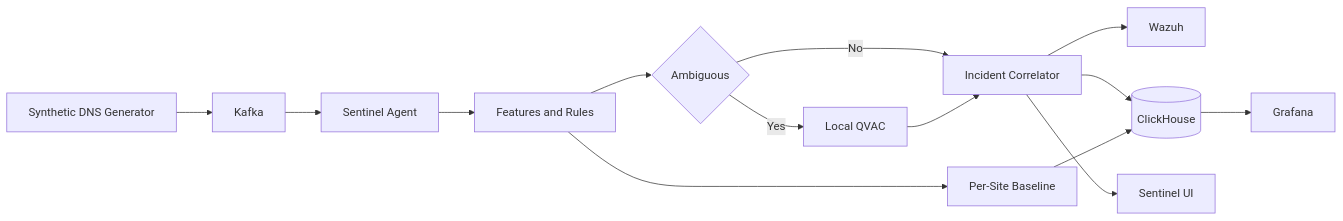
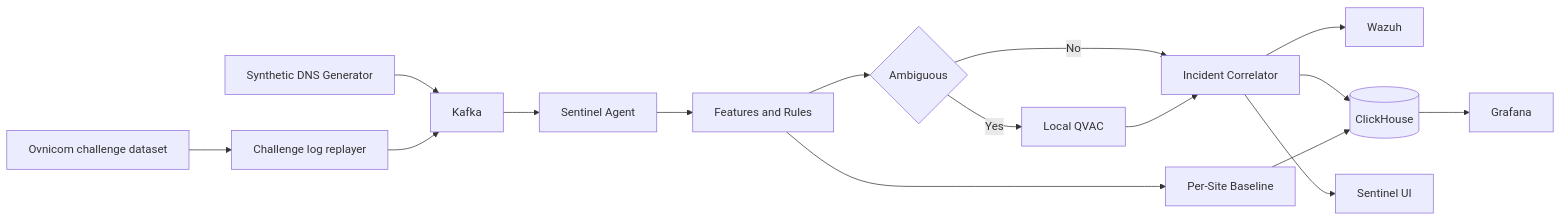
Before and after one commit to Sentinel-Adaptive/sentinel-adaptive: the diagram in README.md, drawn with Mermaid. The commit also changed other lines of this file and 18 other files, not shown here.

Commit message:
feat: replay ovnicom bind query logs

````diff
--- a/README.md
+++ b/README.md
@@ -23,16 +25,18 @@
 ```mermaid
 flowchart LR
+    Ovnicom[Ovnicom challenge dataset] --> Replay[Challenge log replayer]
     Generator[Synthetic DNS Generator] --> Kafka[Kafka]
+    Replay --> Kafka
     Kafka --> Agent[Sentinel Agent]
     Agent --> Detection[Features and Rules]
     Detection --> Baseline[Per-Site Baseline]
     Detection --> Router{Ambiguous}
     Router -->|Yes| QVAC[Local QVAC]
     Router -->|No| Incidents[Incident Correlator]
     QVAC --> Incidents
     Incidents --> Wazuh[Wazuh]
     Incidents --> ClickHouse[(ClickHouse)]
     Baseline --> ClickHouse
     ClickHouse --> Grafana[Grafana]
     Incidents --> UI[Sentinel UI]
 ```
````
